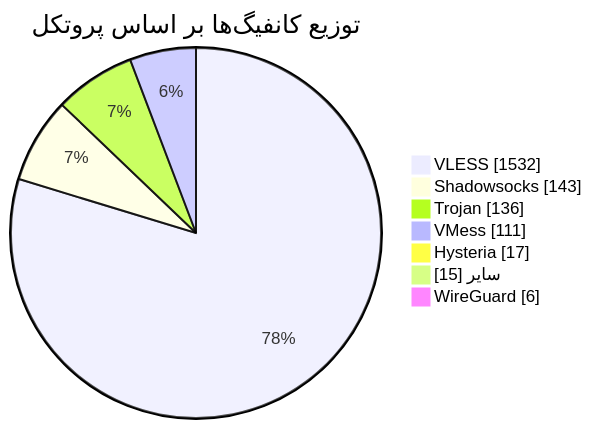
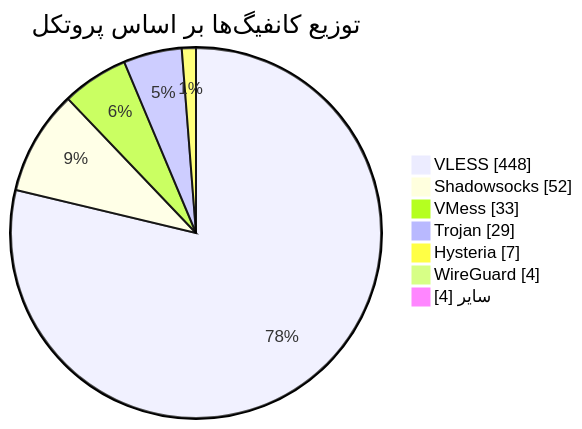
The diagram in README.md (Arian-Alijani/Somthing), drawn with Mermaid before and after one commit. The commit also changed other lines of this file and 21 other files, not shown here.

````diff
--- a/README.md
+++ b/README.md
@@ -49,11 +49,11 @@
 ```mermaid
 pie showData
     title توزیع کانفیگ‌ها بر اساس پروتکل
-    "VLESS" : 1532
-    "Shadowsocks" : 143
-    "Trojan" : 136
-    "VMess" : 111
-    "Hysteria" : 17
-    "سایر" : 15
-    "WireGuard" : 6
+    "VLESS" : 448
+    "Shadowsocks" : 52
+    "VMess" : 33
+    "Trojan" : 29
+    "Hysteria" : 7
+    "WireGuard" : 4
+    "سایر" : 4
 ```
````
